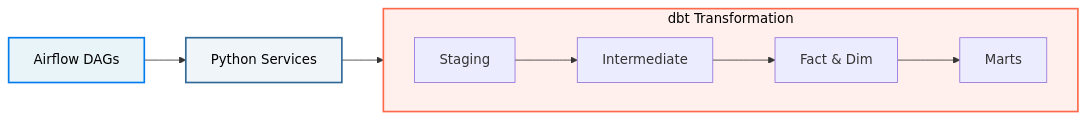
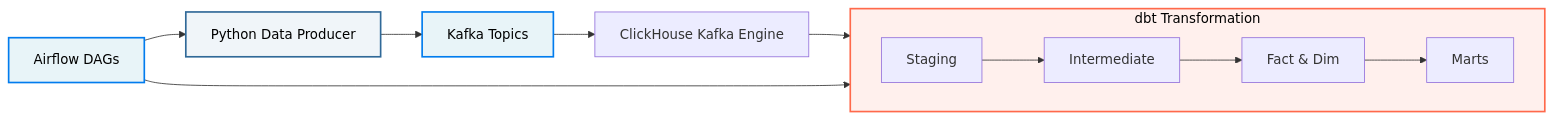
Before and after one commit to IBoss47/data-pipeline-project: the diagram in README_th.md, drawn with Mermaid. The commit also changed other lines of this file and 2 other files, not shown here.

Commit message:
[docs] edit readme file

````diff
--- a/README_th.md
+++ b/README_th.md
@@ -23,17 +23,21 @@
 ```mermaid
 flowchart LR
-    Airflow[Airflow DAGs] --> Services[Python Services]
+    Airflow[Airflow DAGs] --> Services[Python Data Producer]
+    Services --> Kafka[Kafka Topics]
+    Kafka --> ClickHouse[ClickHouse Kafka Engine]
     
     subgraph dbt [dbt Transformation]
         direction LR
         STG[Staging] --> INT[Intermediate]
         INT --> CORE[Fact & Dim]
         CORE --> MARTS[Marts]
     end
     
-    Services --> STG
+    ClickHouse --> STG
+    Airflow --> dbt
 
     style Airflow fill:#e8f4f8,stroke:#017cee,stroke-width:2px,color:#000
     style Services fill:#f0f5f9,stroke:#306998,stroke-width:2px,color:#000
+    style Kafka fill:#e8f4f8,stroke:#017cee,stroke-width:2px,color:#000
     style dbt fill:#fff0ed,stroke:#ff694b,stroke-width:2px,color:#000
 ```
````
